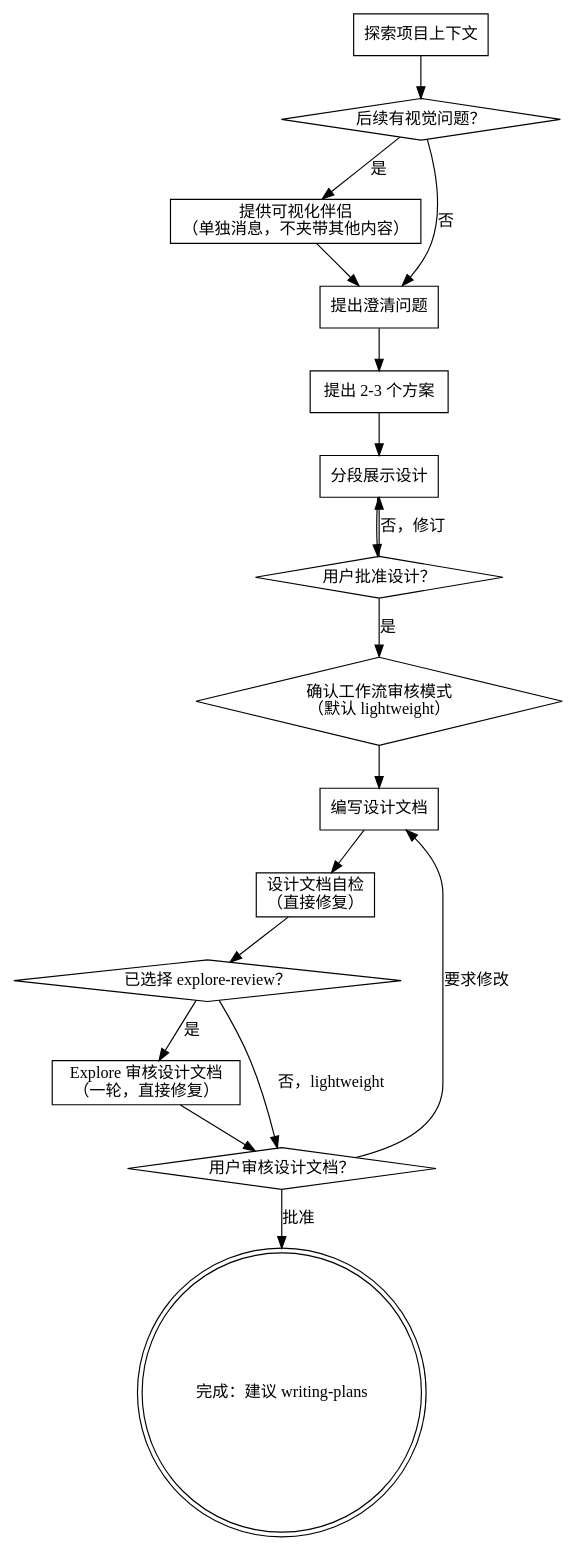
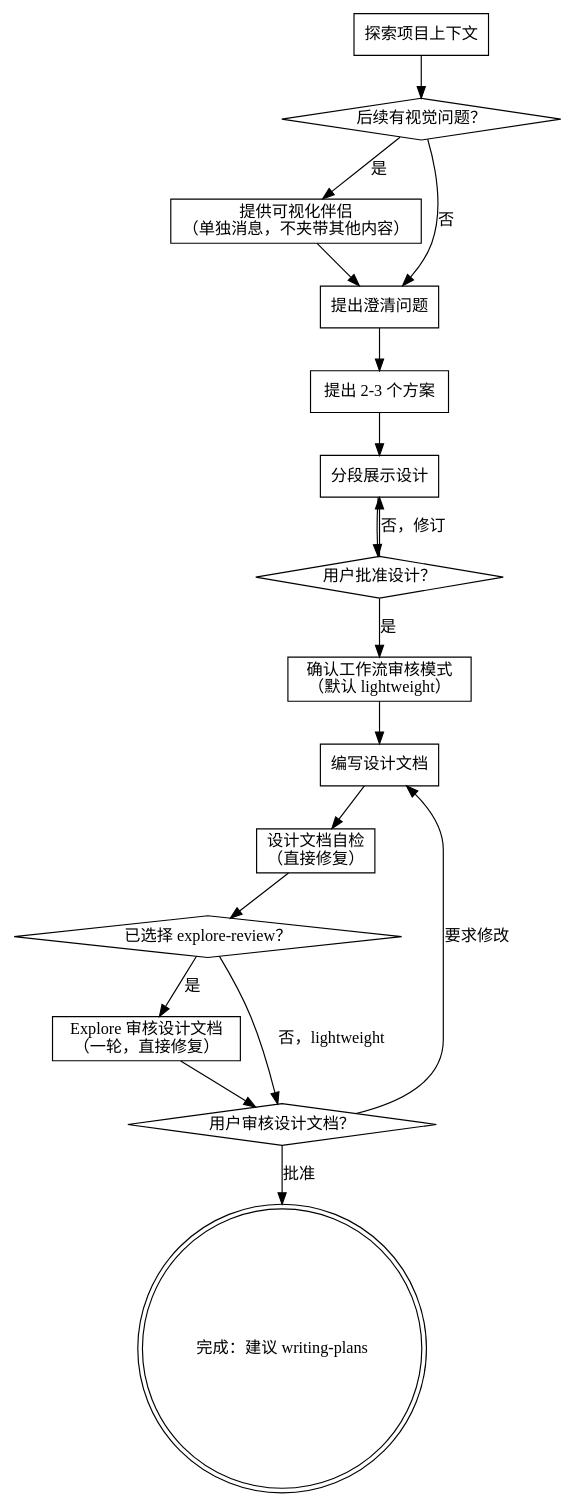
Before and after one commit to ysjai/.agent-skills: the diagram in personal-skills/brainstorming/SKILL.md, drawn with Graphviz. The commit also changed other lines of this file and 3 other files, not shown here.

````diff
--- a/personal-skills/brainstorming/SKILL.md
+++ b/personal-skills/brainstorming/SKILL.md
@@ -40,36 +40,36 @@
 ```dot
 digraph brainstorming {
     "探索项目上下文" [shape=box];
     "后续有视觉问题？" [shape=diamond];
     "提供可视化伴侣\n（单独消息，不夹带其他内容）" [shape=box];
     "提出澄清问题" [shape=box];
     "提出 2-3 个方案" [shape=box];
     "分段展示设计" [shape=box];
     "用户批准设计？" [shape=diamond];
-    "确认工作流审核模式\n（默认 lightweight）" [shape=diamond];
+    "确认工作流审核模式\n（默认 lightweight）" [shape=box];
     "编写设计文档" [shape=box];
     "设计文档自检\n（直接修复）" [shape=box];
     "已选择 explore-review？" [shape=diamond];
     "Explore 审核设计文档\n（一轮，直接修复）" [shape=box];
     "用户审核设计文档？" [shape=diamond];
     "完成：建议 writing-plans" [shape=doublecircle];
 
     "探索项目上下文" -> "后续有视觉问题？";
     "后续有视觉问题？" -> "提供可视化伴侣\n（单独消息，不夹带其他内容）" [label="是"];
     "后续有视觉问题？" -> "提出澄清问题" [label="否"];
     "提供可视化伴侣\n（单独消息，不夹带其他内容）" -> "提出澄清问题";
     "提出澄清问题" -> "提出 2-3 个方案";
     "提出 2-3 个方案" -> "分段展示设计";
     "分段展示设计" -> "用户批准设计？";
     "用户批准设计？" -> "分段展示设计" [label="否，修订"];
     "用户批准设计？" -> "确认工作流审核模式\n（默认 lightweight）" [label="是"];
     "确认工作流审核模式\n（默认 lightweight）" -> "编写设计文档";
     "编写设计文档" -> "设计文档自检\n（直接修复）";
     "设计文档自检\n（直接修复）" -> "已选择 explore-review？";
     "已选择 explore-review？" -> "Explore 审核设计文档\n（一轮，直接修复）" [label="是"];
     "已选择 explore-review？" -> "用户审核设计文档？" [label="否，lightweight"];
     "Explore 审核设计文档\n（一轮，直接修复）" -> "用户审核设计文档？";
     "用户审核设计文档？" -> "编写设计文档" [label="要求修改"];
     "用户审核设计文档？" -> "完成：建议 writing-plans" [label="批准"];
 }
 ```
````
